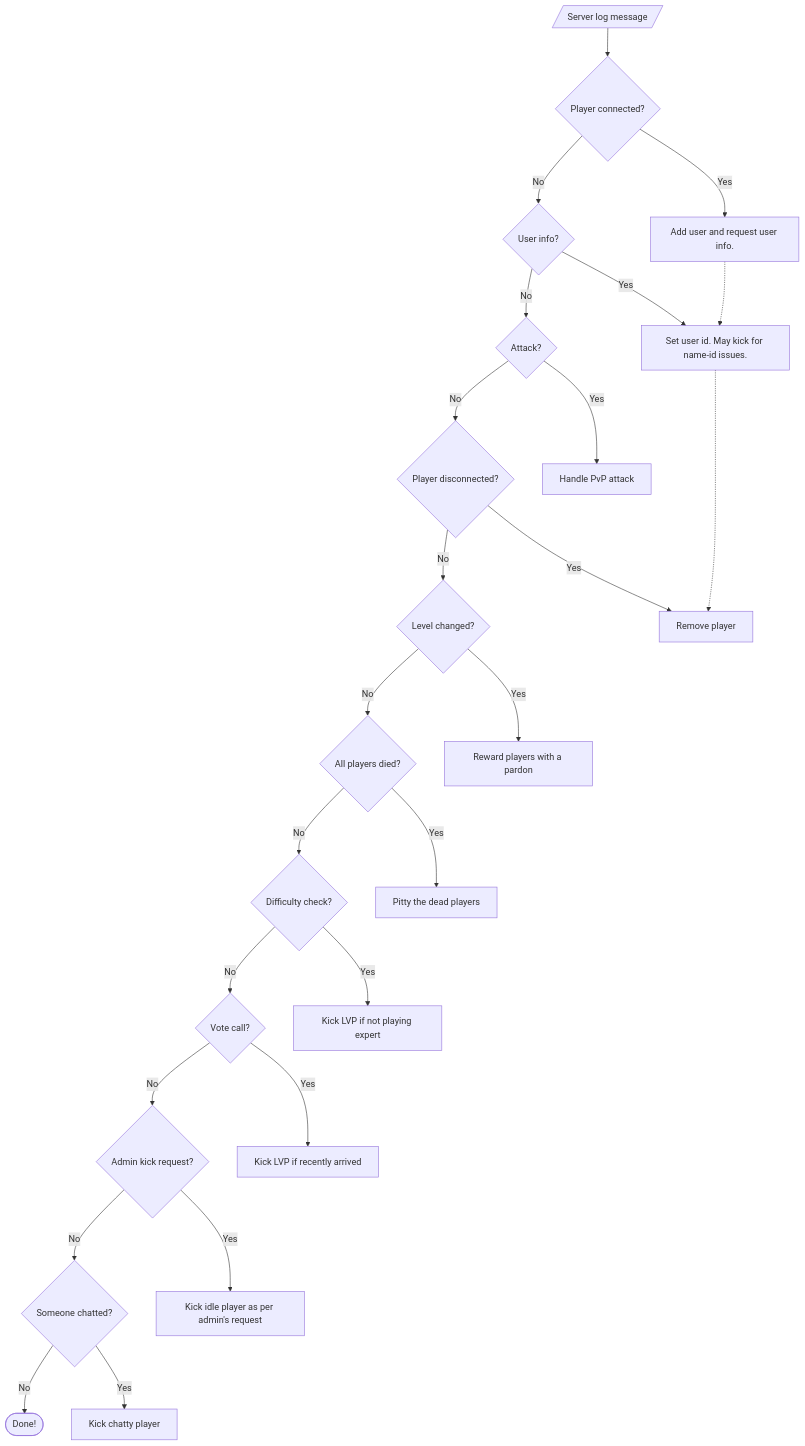
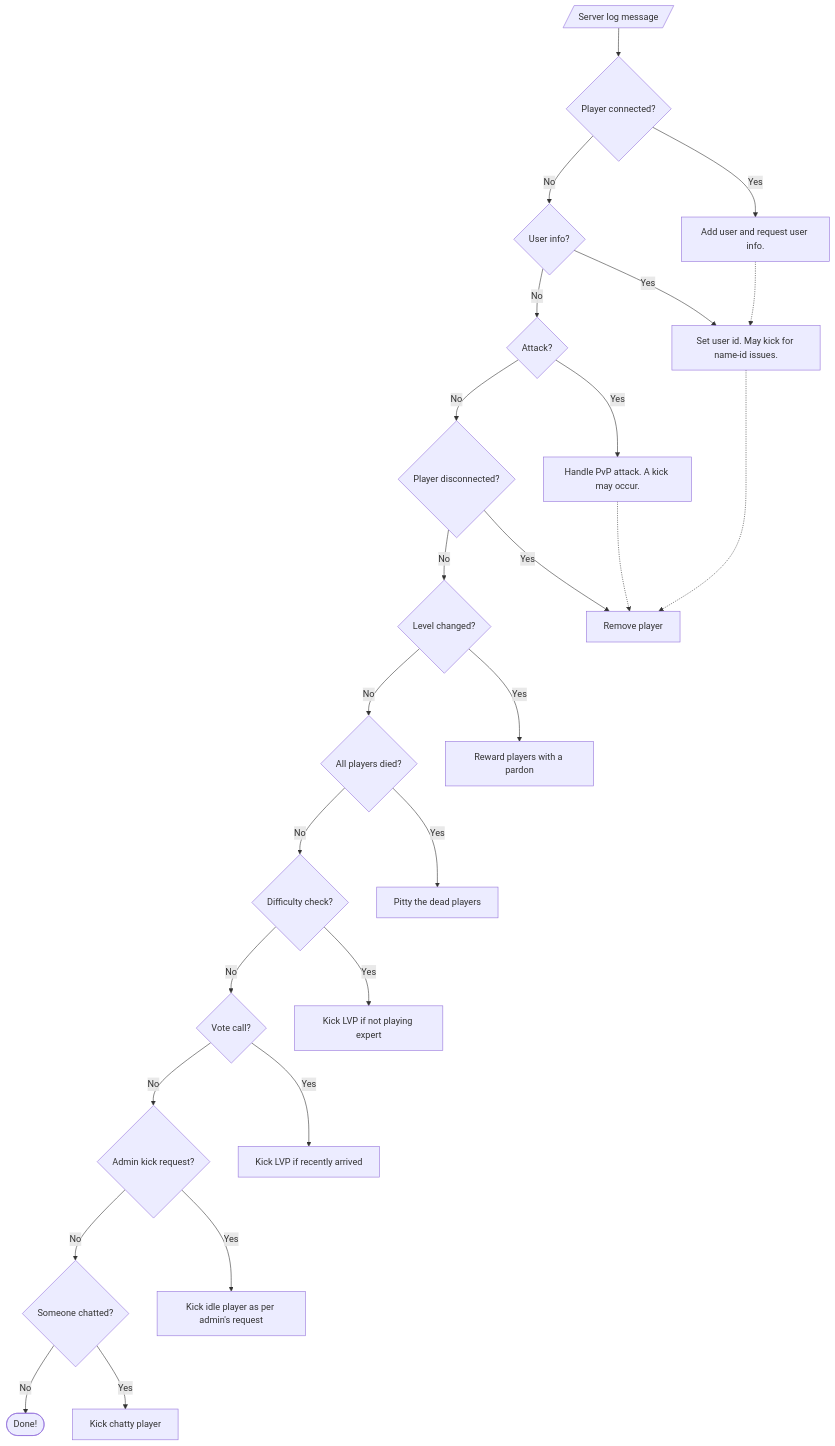
One commit to carlosjhr64/l4d2-observer changed the diagram in README.md. Above: the diagram before and after it, drawn with Mermaid.

Commit message:
mermaid - dotted

````diff
--- a/README.md
+++ b/README.md
@@ -32,26 +32,27 @@
 ```mermaid
 flowchart TD;
   LogMsg[/Server log message/] --> Connected{Player connected?};
   Connected -->|No| UserInfo{User info?};
   Connected -->|Yes| ProcessConnected[Add user and request user info.];
   UserInfo -->|No| Attack{Attack?};
   UserInfo -->|Yes| ProcessUserInfo[Set user id. May kick for name-id issues.];
   ProcessConnected -.-> ProcessUserInfo;
   Attack -->|No| Dropped{Player disconnected?};
-  Attack -->|Yes| ProcessAttack[Handle PvP attack]
+  Attack -->|Yes| ProcessAttack[Handle PvP attack. A kick may occur.]
   Dropped -->|No| ChangeLevel{Level changed?}
   Dropped -->|Yes| ProcessDropped[Remove player]
   ProcessUserInfo -.-> ProcessDropped
+  ProcessAttack -.-> ProcessDropped
   ChangeLevel -->|No| InitDirectorScript{All players died?}
   ChangeLevel -->|Yes| ProcessChangeLevel[Reward players with a pardon]
   InitDirectorScript -->|No| DifficultyCheck{Difficulty check?}
   InitDirectorScript -->|Yes| ProcessInitDirectorScript[Pitty the dead players]
   DifficultyCheck -->|No| PotentialVote{Vote call?}
   DifficultyCheck -->|Yes| ProcessDifficultyCheck[Kick LVP if not playing expert] 
   PotentialVote --> |No| IdleKick{Admin kick request?}
   PotentialVote --> |Yes| ProcessPotentialVote[Kick LVP if recently arrived]
   IdleKick --> |No| Chat{Someone chatted?}
   IdleKick --> |Yes| ProcessIdleKick[Kick idle player as per admin's request]
   Chat --> |No| Stop([Done!])
   Chat --> |Yes| ProcessChat[Kick chatty player]
 ```
````
